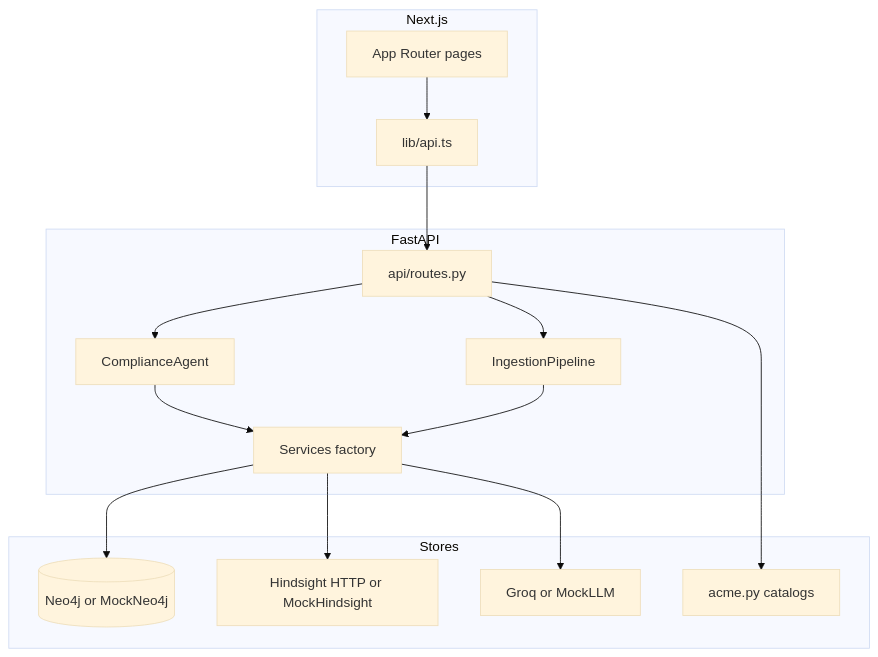
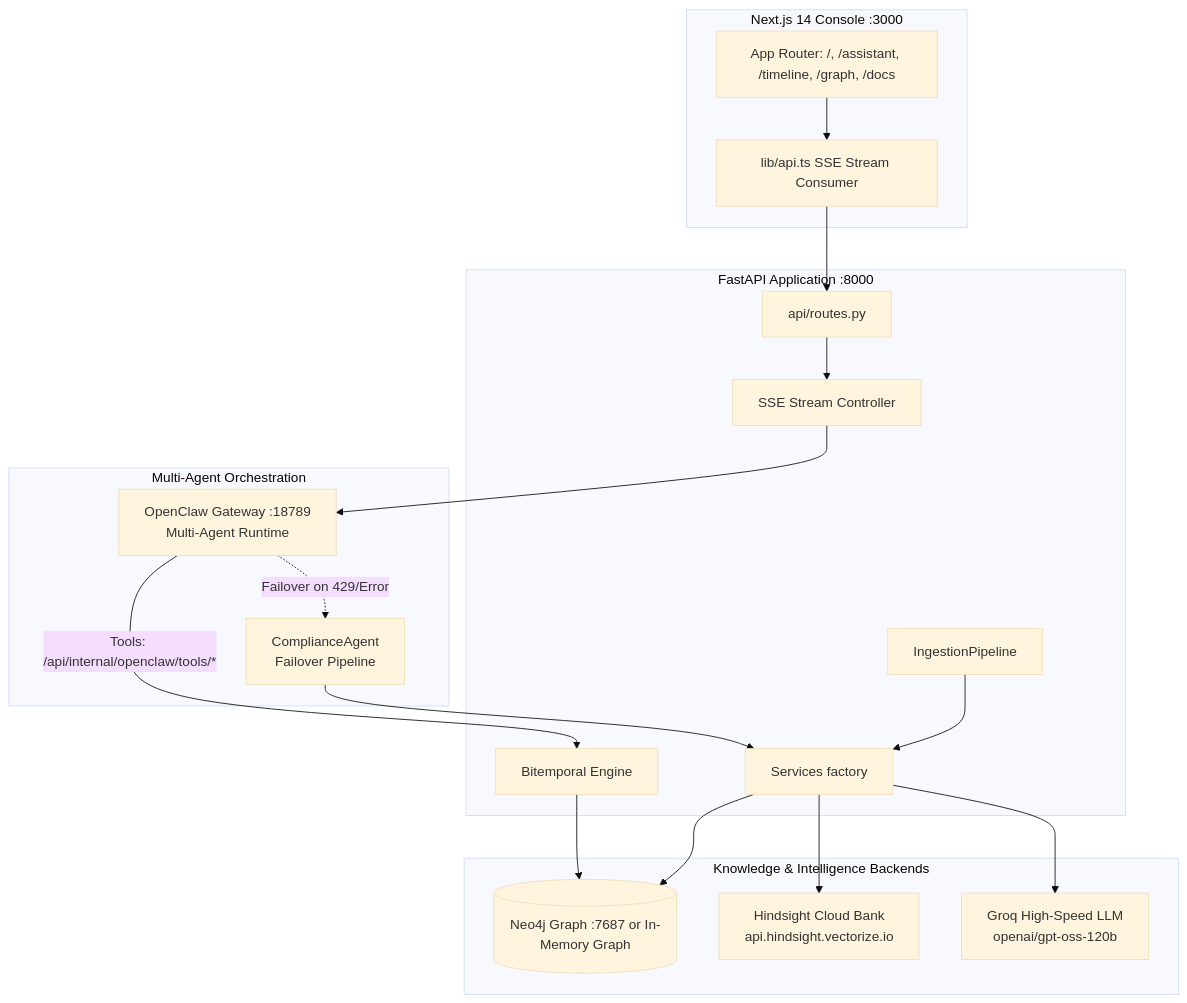
Before and after one commit to loksai-dev/VeriChron-AI: the diagram in project-docs/diagrams/system-architecture.md, drawn with Mermaid (base theme). The commit also changed other lines of this file and 23 other files, not shown here.

Commit message:
Add OpenClaw integration and project documentation

````diff
--- a/project-docs/diagrams/system-architecture.md
+++ b/project-docs/diagrams/system-architecture.md
@@ -3,28 +3,38 @@
 ```mermaid
 flowchart TB
-  subgraph ui [Next.js]
-    Pages[App Router pages]
-    APIClient[lib/api.ts]
+  subgraph ui [Next.js 14 Console :3000]
+    Pages[App Router: /, /assistant, /timeline, /graph, /docs]
+    APIClient[lib/api.ts SSE Stream Consumer]
   end
-  subgraph api [FastAPI]
+
+  subgraph api [FastAPI Application :8000]
     Routes[api/routes.py]
-    Agent[ComplianceAgent]
+    StreamHandler[SSE Stream Controller]
     Ingest[IngestionPipeline]
+    Engine[Bitemporal Engine]
     Factory[Services factory]
   end
-  subgraph stores [Stores]
-    N[(Neo4j or MockNeo4j)]
-    H[Hindsight HTTP or MockHindsight]
-    L[Groq or MockLLM]
-    D[acme.py catalogs]
+
+  subgraph orchestrators [Multi-Agent Orchestration]
+    OpenClaw[OpenClaw Gateway :18789\nMulti-Agent Runtime]
+    Agent[ComplianceAgent\nFailover Pipeline]
   end
+
+  subgraph stores [Knowledge & Intelligence Backends]
+    N[(Neo4j Graph :7687 or In-Memory Graph)]
+    H[Hindsight Cloud Bank\napi.hindsight.vectorize.io]
+    L[Groq High-Speed LLM\nopenai/gpt-oss-120b]
+  end
+
   Pages --> APIClient --> Routes
-  Routes --> Agent
-  Routes --> Ingest
-  Routes --> D
+  Routes --> StreamHandler
+  StreamHandler --> OpenClaw
+  OpenClaw -.->|Failover on 429/Error| Agent
+  OpenClaw -->|Tools: /api/internal/openclaw/tools/*| Engine
   Agent --> Factory
   Ingest --> Factory
+  Engine --> N
   Factory --> N
   Factory --> H
   Factory --> L
 ```
````
